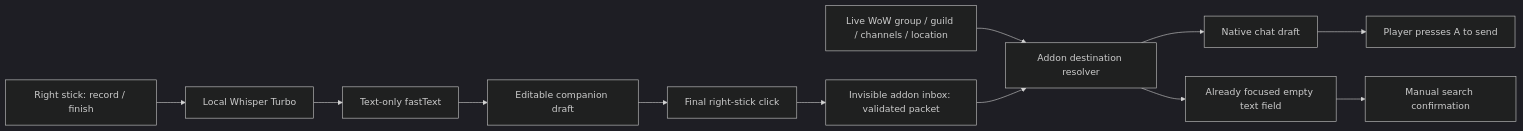
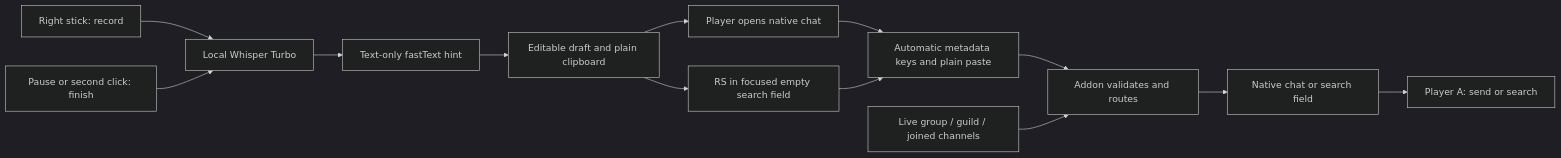
The diagram in docs/ADDON-ROUTING.md (ryeceps/ForeverRoutedSpeech), drawn with Mermaid (dark theme) before and after one commit. The commit also changed other lines of this file and 23 other files, not shown here.

````diff
--- a/docs/ADDON-ROUTING.md
+++ b/docs/ADDON-ROUTING.md
@@ -5,14 +5,15 @@
 ```mermaid
 flowchart LR
-  Pad[Right stick: record / finish] --> Audio[Local Whisper Turbo]
-  Audio --> Intent[Text-only fastText]
-  Intent --> Preview[Editable companion draft]
-  Preview --> Click[Final right-stick click]
-  Click --> Inbox[Invisible addon inbox: validated packet]
-  Context[Live WoW group / guild / channels / location] --> Route[Addon destination resolver]
-  Inbox --> Route
-  Route --> Chat[Native chat draft]
-  Route --> Search[Already focused empty text field]
-  Chat --> Send[Player presses A to send]
-  Search --> Confirm[Manual search confirmation]
+  RS[Right stick: record] --> Whisper[Local Whisper Turbo]
+  Pause[Pause or second click: finish] --> Whisper
+  Whisper --> Model[Text-only fastText hint]
+  Model --> Preview[Editable draft and plain clipboard]
+  Preview --> Native[Player opens native chat]
+  Native --> Paste[Automatic metadata keys and plain paste]
+  Preview --> SearchClick[RS in focused empty search field]
+  SearchClick --> Paste
+  Paste --> Resolve[Addon validates and routes]
+  Context[Live group / guild / joined channels] --> Resolve
+  Resolve --> Field[Native chat or search field]
+  Field --> Confirm[Player A: send or search]
 ```
````
